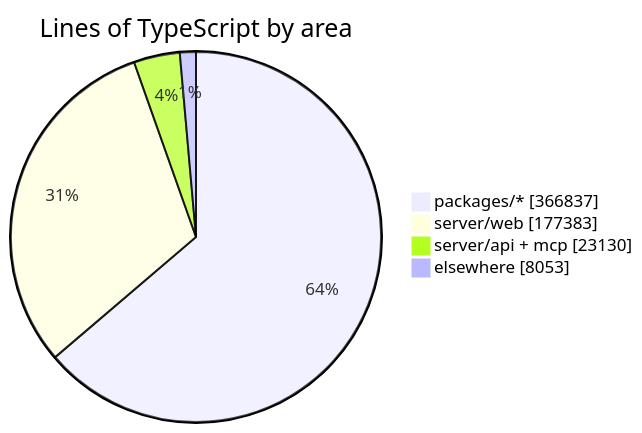
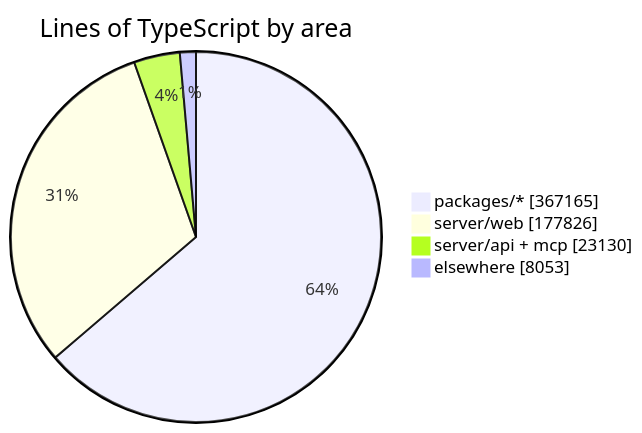
The diagram in README.md (crossworks-engineering/mantle), drawn with Mermaid before and after one commit. The commit also changed other lines of this file and 2 other files, not shown here.

````diff
--- a/README.md
+++ b/README.md
@@ -294,7 +294,7 @@
 ```mermaid
 pie showData title Lines of TypeScript by area
-    "packages/*" : 366837
-    "server/web" : 177383
+    "packages/*" : 367165
+    "server/web" : 177826
     "server/api + mcp" : 23130
     "elsewhere" : 8053
 ```
````
